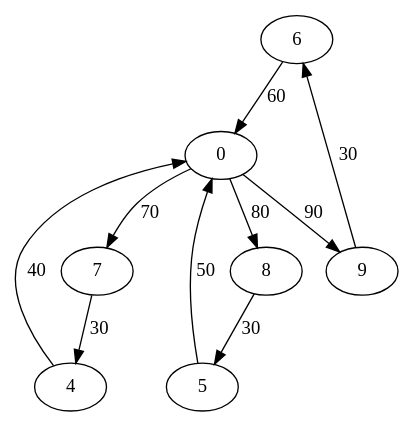
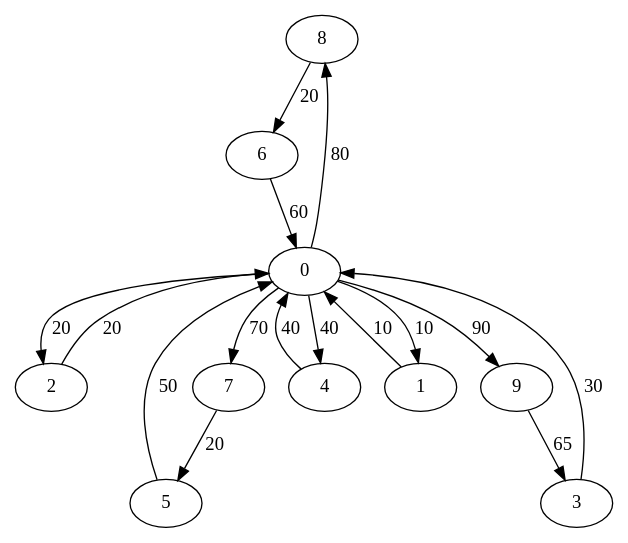
The diagram in grafos/iteration0.dot (akosej/vehicle_routing), drawn with Graphviz before and after one commit. The commit also changed 3 other files, not shown here.

```diff
--- a/grafos/iteration0.dot
+++ b/grafos/iteration0.dot
@@ -1,19 +1,28 @@
 digraph G {
+	8->6[ label=20 ];
+	2->0[ label=20 ];
+	7->5[ label=20 ];
+	9->3[ label=65 ];
+	3->0[ label=30 ];
+	4->0[ label=40 ];
+	1->0[ label=10 ];
+	0->4[ label=40 ];
+	0->8[ label=80 ];
+	0->2[ label=20 ];
+	0->7[ label=70 ];
+	0->1[ label=10 ];
+	0->9[ label=90 ];
 	6->0[ label=60 ];
-	8->5[ label=30 ];
 	5->0[ label=50 ];
-	7->4[ label=30 ];
-	4->0[ label=40 ];
-	0->8[ label=80 ];
-	0->7[ label=70 ];
-	0->9[ label=90 ];
-	9->6[ label=30 ];
 	0 [ label=0 ];
+	1 [ label=1 ];
+	2 [ label=2 ];
+	3 [ label=3 ];
 	4 [ label=4 ];
 	5 [ label=5 ];
 	6 [ label=6 ];
 	7 [ label=7 ];
 	8 [ label=8 ];
 	9 [ label=9 ];
 
 }
```
